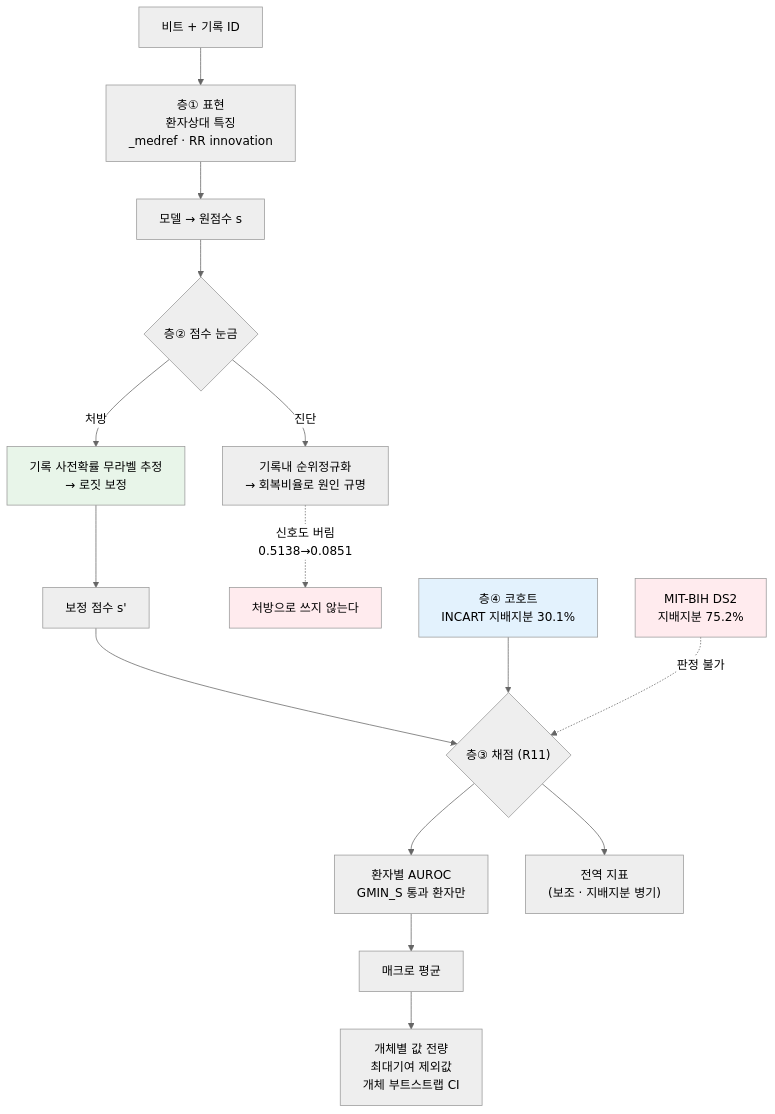
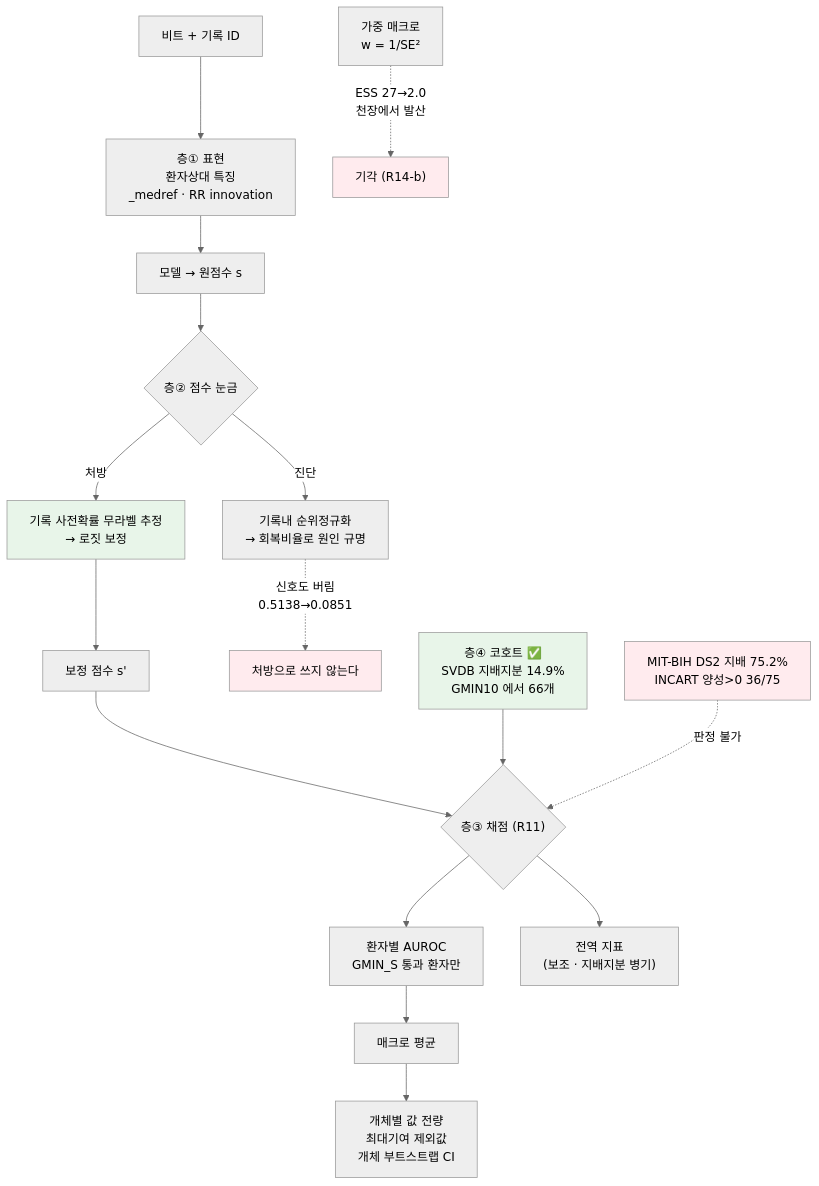
Before and after one commit to ehdbddl06001-ui/my-github-test: the diagram in content/ailab/quests/ailab-2026-0046.md, drawn with Mermaid (neutral theme). The commit also changed other lines of this file and 8 other files, not shown here.

````diff
--- a/content/ailab/quests/ailab-2026-0046.md
+++ b/content/ailab/quests/ailab-2026-0046.md
@@ -142,21 +142,23 @@
 ```mermaid
 flowchart TD
   A["비트 + 기록 ID"] --> B["층① 표현<br/>환자상대 특징<br/>_medref · RR innovation"]
   B --> C["모델 → 원점수 s"]
   C --> D{"층② 점수 눈금"}
   D -->|"진단"| D1["기록내 순위정규화<br/>→ 회복비율로 원인 규명"]
   D -->|"처방"| D2["기록 사전확률 무라벨 추정<br/>→ 로짓 보정"]
   D2 --> E["보정 점수 s'"]
   D1 -.->|"신호도 버림<br/>0.5138→0.0851"| X["처방으로 쓰지 않는다"]
   E --> F{"층③ 채점 (R11)"}
   F --> F1["환자별 AUROC<br/>GMIN_S 통과 환자만"]
   F1 --> F2["매크로 평균"]
   F2 --> F3["개체별 값 전량<br/>최대기여 제외값<br/>개체 부트스트랩 CI"]
   F --> G["전역 지표<br/>(보조 · 지배지분 병기)"]
-  H["층④ 코호트<br/>INCART 지배지분 30.1%"] --> F
-  I["MIT-BIH DS2<br/>지배지분 75.2%"] -.->|"판정 불가"| F
+  H["층④ 코호트 ✅<br/>SVDB 지배지분 14.9%<br/>GMIN10 에서 66개"] --> F
+  I["MIT-BIH DS2 지배 75.2%<br/>INCART 양성&gt;0 36/75"] -.->|"판정 불가"| F
+  W["가중 매크로<br/>w = 1/SE²"] -.->|"ESS 27→2.0<br/>천장에서 발산"| X2["기각 (R14-b)"]
   style D2 fill:#e8f5e9
   style X fill:#ffebee
   style I fill:#ffebee
-  style H fill:#e3f2fd
+  style H fill:#e8f5e9
+  style X2 fill:#ffebee
 ```
````
